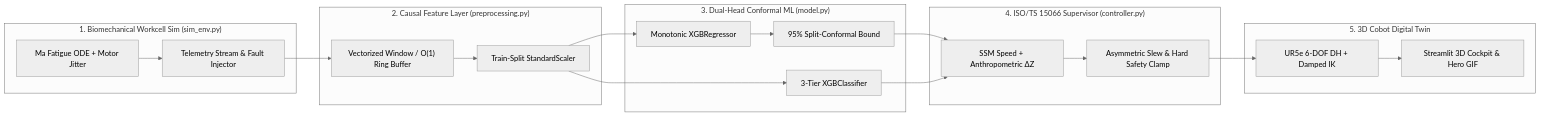
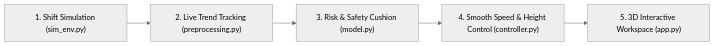
Before and after one commit to randytirbhaw/AdaptiveCobot-HRC: the diagram in README.md, drawn with Mermaid (neutral theme). The commit also changed other lines of this file, not shown here.

````diff
--- a/README.md
+++ b/README.md
@@ -30,28 +25,7 @@
 ```mermaid
 flowchart LR
-    subgraph Sim["1. Biomechanical Workcell Sim (sim_env.py)"]
-        ODE["Ma Fatigue ODE + Motor Jitter"] --> Stream["Telemetry Stream & Fault Injector"]
-    end
-
-    subgraph Prep["2. Causal Feature Layer (preprocessing.py)"]
-        Stream --> Ring["Vectorized Window / O(1) Ring Buffer"]
-        Ring --> Scaler["Train-Split StandardScaler"]
-    end
-
-    subgraph ML["3. Dual-Head Conformal ML (model.py)"]
-        Scaler --> Reg["Monotonic XGBRegressor"]
-        Scaler --> Clf["3-Tier XGBClassifier"]
-        Reg --> Conf["95% Split-Conformal Bound"]
-    end
-
-    subgraph Ctrl["4. ISO/TS 15066 Supervisor (controller.py)"]
-        Conf --> Law["SSM Speed + Anthropometric ΔZ"]
-        Clf --> Law
-        Law --> Clamp["Asymmetric Slew & Hard Safety Clamp"]
-    end
-
-    subgraph Twin["5. 3D Cobot Digital Twin"]
-        Clamp --> Kin["UR5e 6-DOF DH + Damped IK"]
-        Kin --> Viz["Streamlit 3D Cockpit & Hero GIF"]
-    end
+    Sim["1. Shift Simulation (sim_env.py)"] --> Prep["2. Live Trend Tracking (preprocessing.py)"]
+    Prep --> ML["3. Risk & Safety Cushion (model.py)"]
+    ML --> Ctrl["4. Smooth Speed & Height Control (controller.py)"]
+    Ctrl --> Twin["5. 3D Interactive Workspace (app.py)"]
 ```
````
